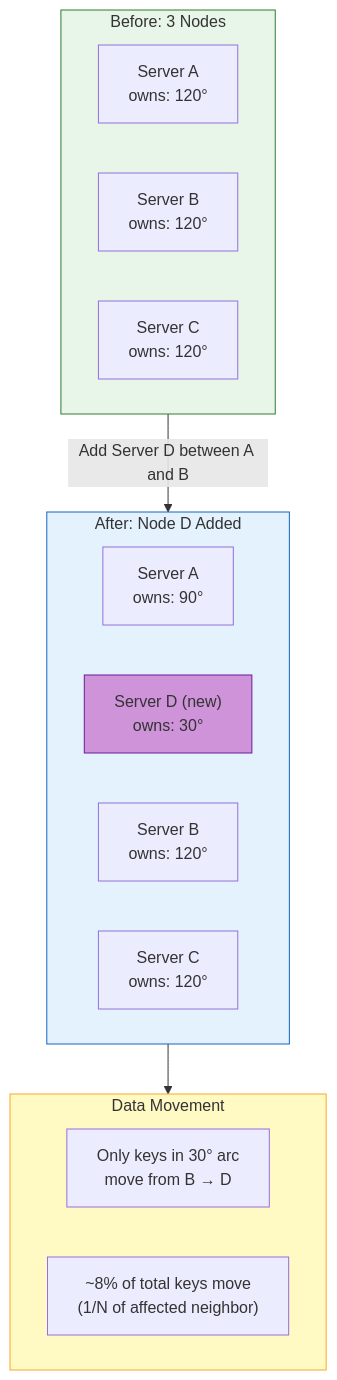
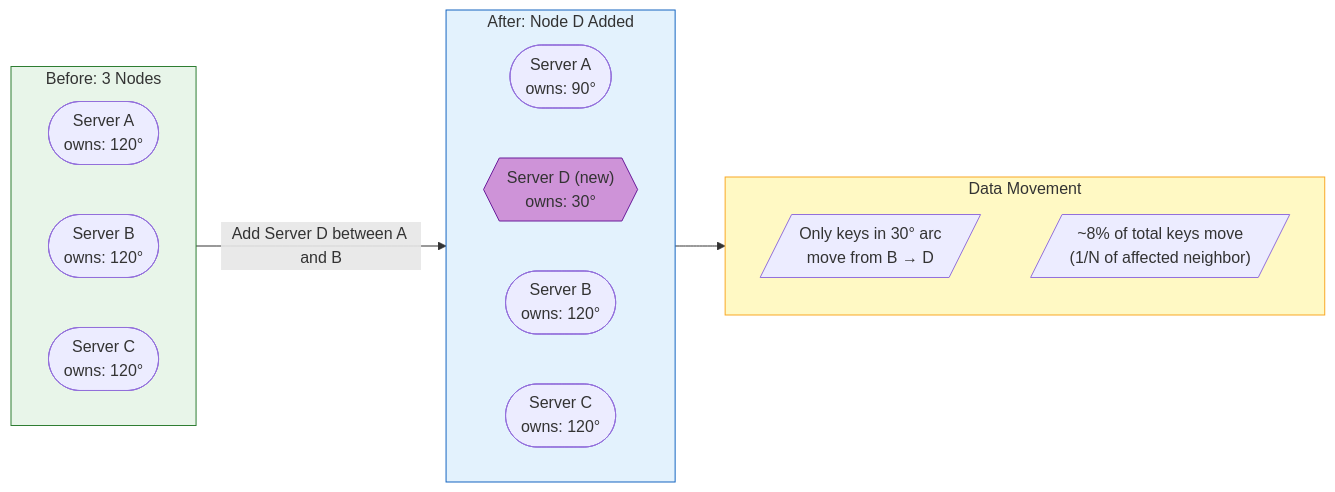
The fourth of 4 diagrams in docs/consistenthashing.md (saivamsikaruturi/vamsilabs-dev-notes-main), drawn with Mermaid before and after one commit. The commit also changed other lines of this file and 146 other files, not shown here.

Commit message:
Horizontal diagrams, UML class diagrams, typography overhaul, and permalink cleanup

````diff
--- a/docs/consistenthashing.md
+++ b/docs/consistenthashing.md
@@ -149,31 +149,31 @@
 ```mermaid
-flowchart TD
+flowchart LR
     subgraph Before["Before: 3 Nodes"]
         direction LR
-        BA["Server A<br/>owns: 120°"]
-        BB["Server B<br/>owns: 120°"]
-        BC["Server C<br/>owns: 120°"]
+        BA(["Server A<br/>owns: 120°"])
+        BB(["Server B<br/>owns: 120°"])
+        BC(["Server C<br/>owns: 120°"])
     end
 
     subgraph After["After: Node D Added"]
         direction LR
-        AA["Server A<br/>owns: 90°"]
-        AD["Server D (new)<br/>owns: 30°"]
-        AB["Server B<br/>owns: 120°"]
-        AC["Server C<br/>owns: 120°"]
+        AA(["Server A<br/>owns: 90°"])
+        AD{{"Server D (new)<br/>owns: 30°"}}
+        AB(["Server B<br/>owns: 120°"])
+        AC(["Server C<br/>owns: 120°"])
     end
 
     Before -->|"Add Server D between A and B"| After
 
     subgraph Movement["Data Movement"]
-        M1["Only keys in 30° arc<br/>move from B → D"]
-        M2["~8% of total keys move<br/>(1/N of affected neighbor)"]
+        M1[/"Only keys in 30° arc<br/>move from B → D"/]
+        M2[/"~8% of total keys move<br/>(1/N of affected neighbor)"/]
     end
 
     After --> Movement
 
     style Before fill:#e8f5e9,stroke:#2e7d32
     style After fill:#e3f2fd,stroke:#1565c0
     style Movement fill:#fff9c4,stroke:#f9a825
     style AD fill:#ce93d8,stroke:#6a1b9a
 ```
````
